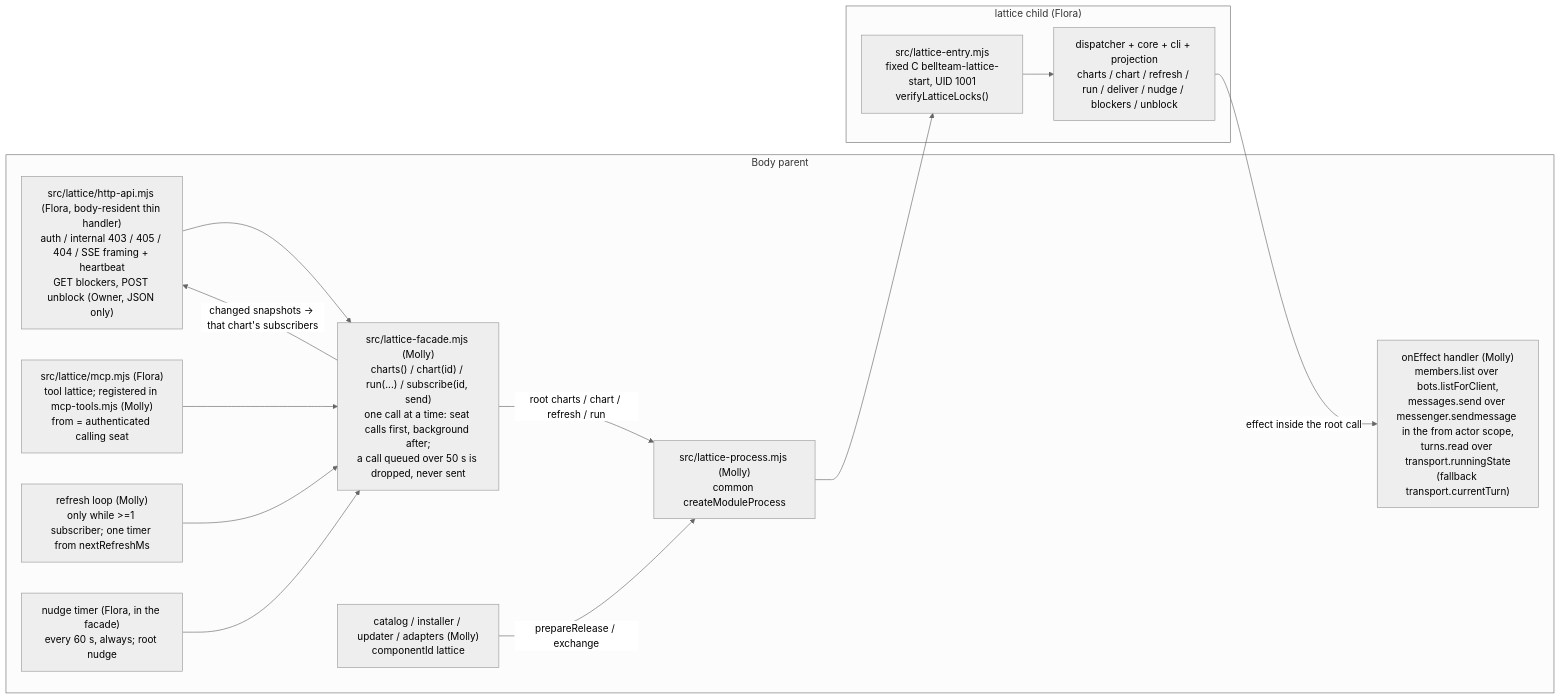
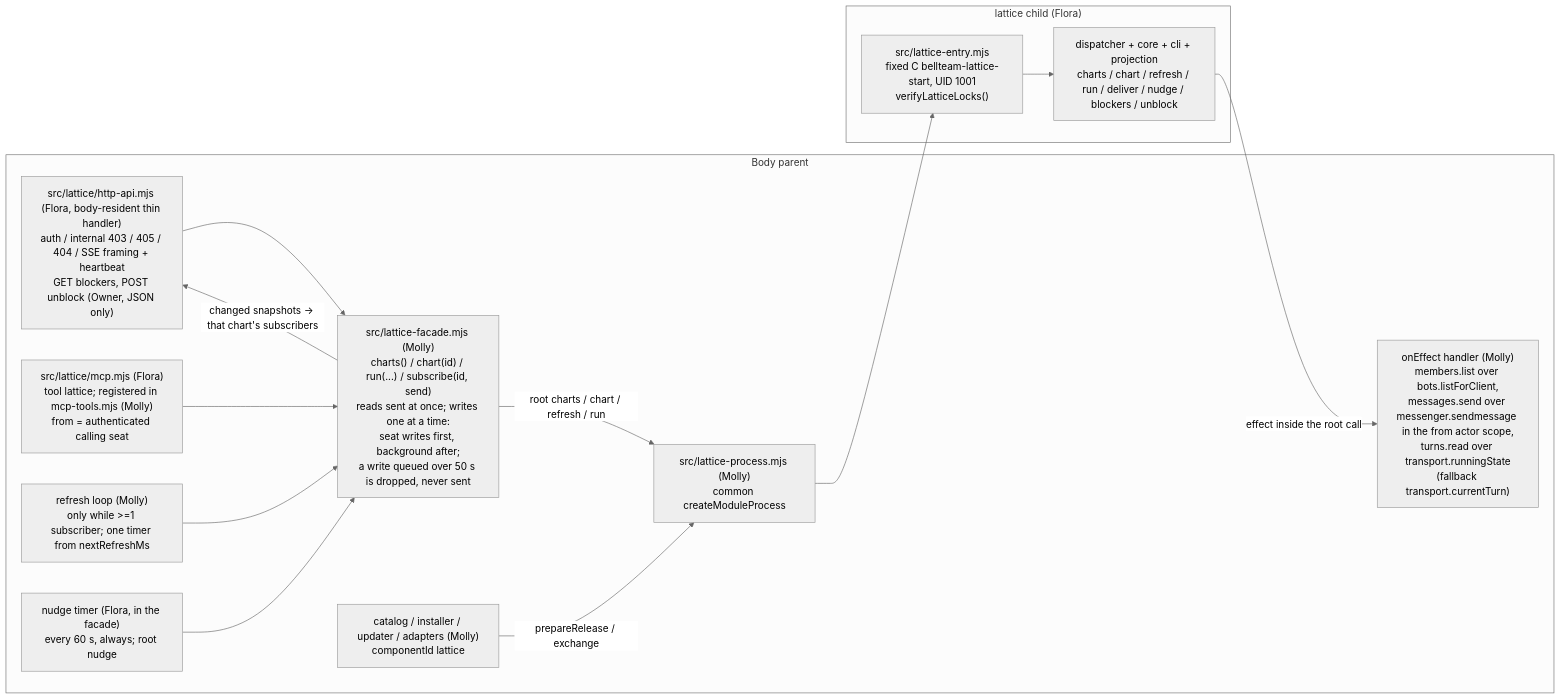
One commit to kitepon/BellTeam changed the diagram in docs/architecture/modules/runtime/lattice-child.md. Above: the diagram before and after it, drawn with Mermaid (neutral theme). The commit also changed other lines of this file and 2 other files, not shown here.

First line of the commit message:
lattice facade: reads go at once beside a write in flight (Flora #1382)

````diff
--- a/docs/architecture/modules/runtime/lattice-child.md
+++ b/docs/architecture/modules/runtime/lattice-child.md
@@ -7,26 +7,26 @@
 ```mermaid
 flowchart LR
   subgraph Parent["Body parent"]
     Route["src/lattice/http-api.mjs (Flora, body-resident thin handler)<br/>auth / internal 403 / 405 / 404 / SSE framing + heartbeat<br/>GET blockers, POST unblock (Owner, JSON only)"]
     Tool["src/lattice/mcp.mjs (Flora)<br/>tool lattice; registered in mcp-tools.mjs (Molly)<br/>from = authenticated calling seat"]
-    Facade["src/lattice-facade.mjs (Molly)<br/>charts() / chart(id) / run(...) / subscribe(id, send)<br/>one call at a time: seat calls first, background after;<br/>a call queued over 50 s is dropped, never sent"]
+    Facade["src/lattice-facade.mjs (Molly)<br/>charts() / chart(id) / run(...) / subscribe(id, send)<br/>reads sent at once; writes one at a time:<br/>seat writes first, background after;<br/>a write queued over 50 s is dropped, never sent"]
     Loop["refresh loop (Molly)<br/>only while >=1 subscriber; one timer from nextRefreshMs"]
     Nudge["nudge timer (Flora, in the facade)<br/>every 60 s, always; root nudge"]
     Proc["src/lattice-process.mjs (Molly)<br/>common createModuleProcess"]
     Ports["onEffect handler (Molly)<br/>members.list over bots.listForClient,<br/>messages.send over messenger.sendmessage in the from actor scope,<br/>turns.read over transport.runningState<br/>(fallback transport.currentTurn)"]
     Update["catalog / installer / updater / adapters (Molly)<br/>componentId lattice"]
   end
   subgraph Child["lattice child (Flora)"]
     Entry["src/lattice-entry.mjs<br/>fixed C bellteam-lattice-start, UID 1001<br/>verifyLatticeLocks()"]
     Disp["dispatcher + core + cli + projection<br/>charts / chart / refresh / run / deliver / nudge / blockers / unblock"]
   end
   Route --> Facade
   Tool --> Facade
   Loop --> Facade
   Nudge --> Facade
   Facade -->|"root charts / chart / refresh / run"| Proc
   Proc --> Entry --> Disp
   Disp -->|"effect inside the root call"| Ports
   Facade -->|"changed snapshots → that chart's subscribers"| Route
   Update -->|"prepareRelease / exchange"| Proc
 ```
````
